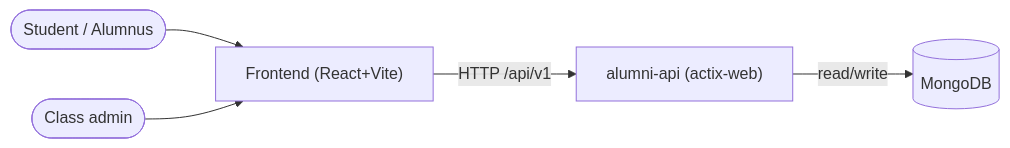
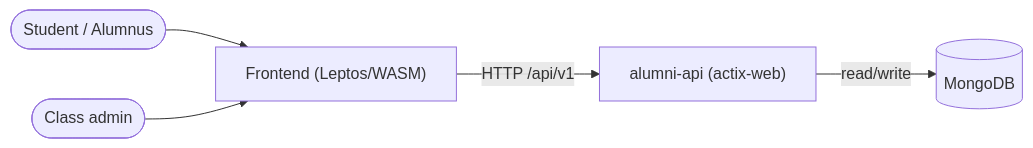
The diagram in docs/architecture/system-context.mmd (Berbadov/alumni), drawn with Mermaid before and after one commit. The commit also changed 59 other files, not shown here.

Commit message:
feat: add job applications and Leptos frontend

```diff
--- a/docs/architecture/system-context.mmd
+++ b/docs/architecture/system-context.mmd
@@ -1,6 +1,6 @@
 %% C4 context-level: who interacts with the system
 flowchart LR
-    Student(["Student / Alumnus"]) --> Frontend["Frontend (React+Vite)"]
+    Student(["Student / Alumnus"]) --> Frontend["Frontend (Leptos/WASM)"]
     ClassAdmin(["Class admin"]) --> Frontend
     Frontend -->|HTTP /api/v1| API["alumni-api (actix-web)"]
     API -->|read/write| Mongo[("MongoDB")]
```
